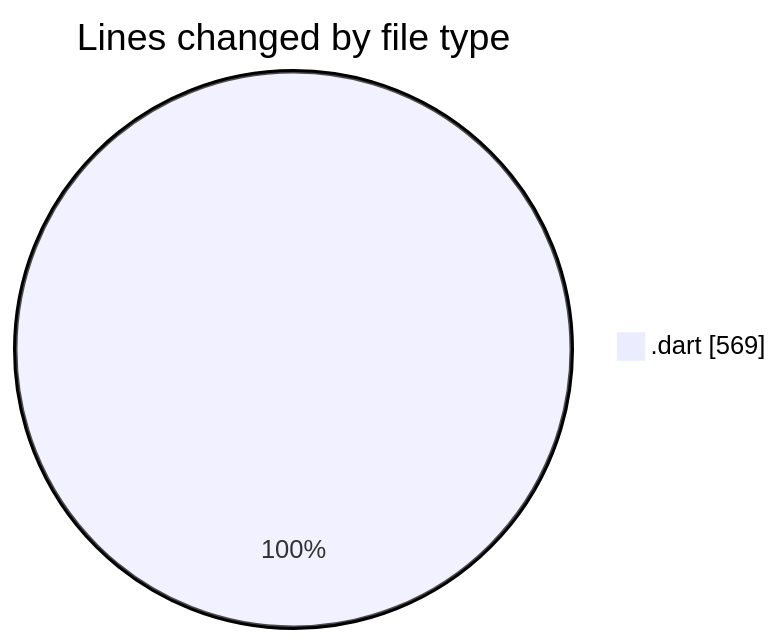
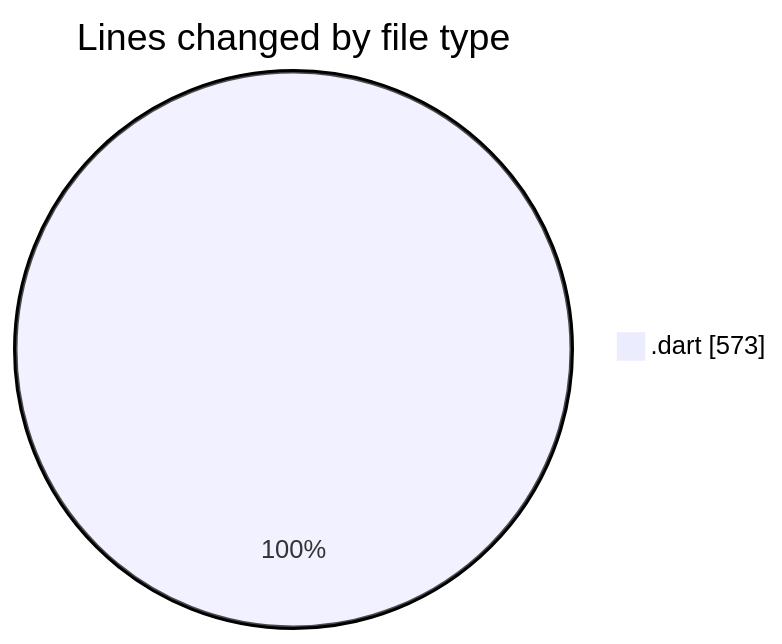
One commit to donsfak/code-tracking changed the first of 2 diagrams in 2025-01-14/trackers_app/README.md. Above: the diagram before and after it, drawn with Mermaid. The commit also changed other lines of this file and 1 other file, not shown here.

````diff
--- a/2025-01-14/trackers_app/README.md
+++ b/2025-01-14/trackers_app/README.md
@@ -27,5 +27,5 @@
 ```mermaid
 pie showData
 title Lines changed by file type
-".dart" : 569
+".dart" : 573
 ```
````
